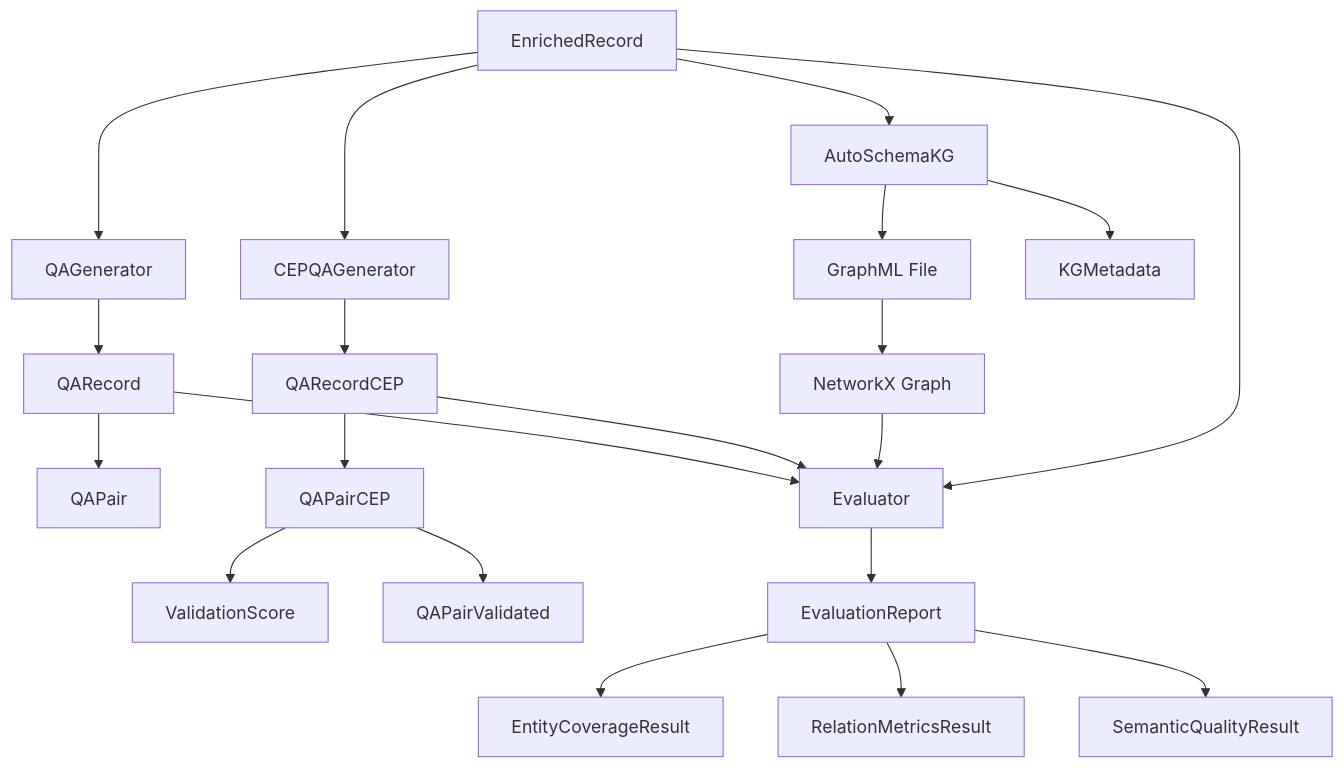
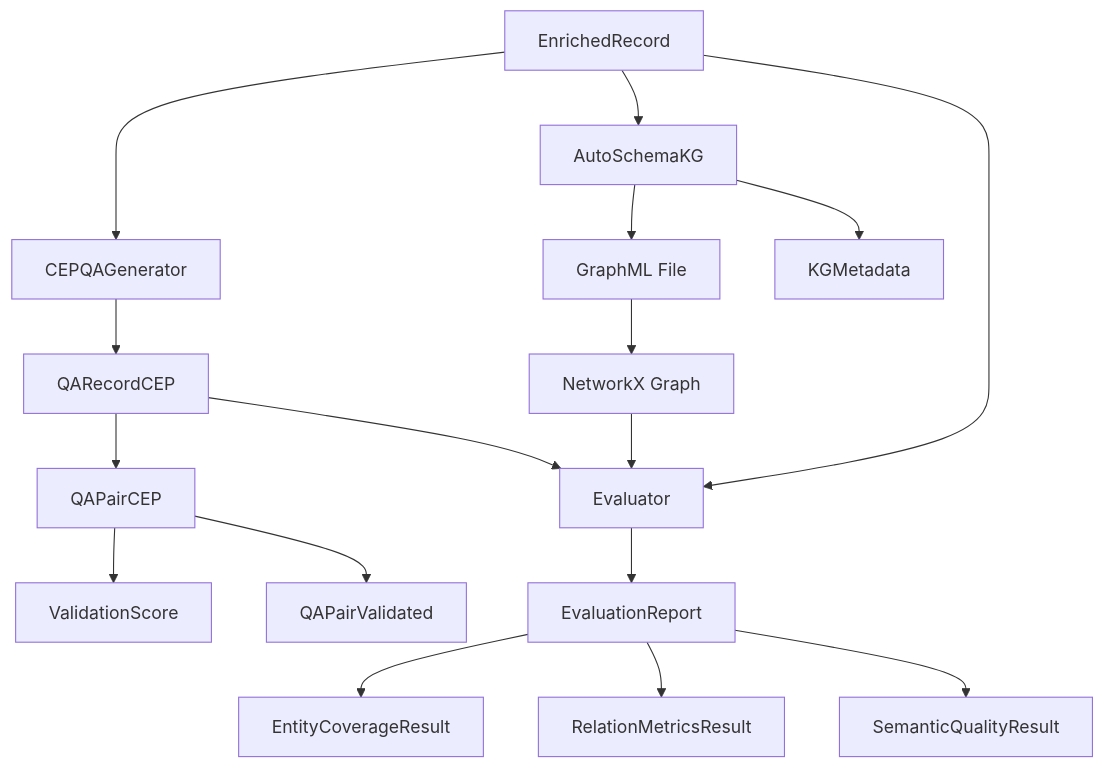
The diagram in docs/development/schemas.md (FredDsR/arandu), drawn with Mermaid before and after one commit. The commit also changed other lines of this file and 47 other files, not shown here.

````diff
--- a/docs/development/schemas.md
+++ b/docs/development/schemas.md
@@ -933,27 +773,22 @@
 ```mermaid
 graph TD
-    A[EnrichedRecord] --> B[QAGenerator]
-    B --> C[QARecord]
-    C --> D[QAPair]
-
-    A --> P[CEPQAGenerator]
+    A[EnrichedRecord] --> P[CEPQAGenerator]
     P --> Q[QARecordCEP]
     Q --> R[QAPairCEP]
     R --> S[ValidationScore]
     R --> T[QAPairValidated]
 
     A --> E[AutoSchemaKG]
     E --> F[GraphML File]
     E --> G[KGMetadata]
 
     F --> H[NetworkX Graph]
 
-    C --> I[Evaluator]
-    Q --> I
+    Q --> I[Evaluator]
     H --> I
     A --> I
     I --> J[EvaluationReport]
     J --> K[EntityCoverageResult]
     J --> L[RelationMetricsResult]
     J --> M[SemanticQualityResult]
 ```
````
